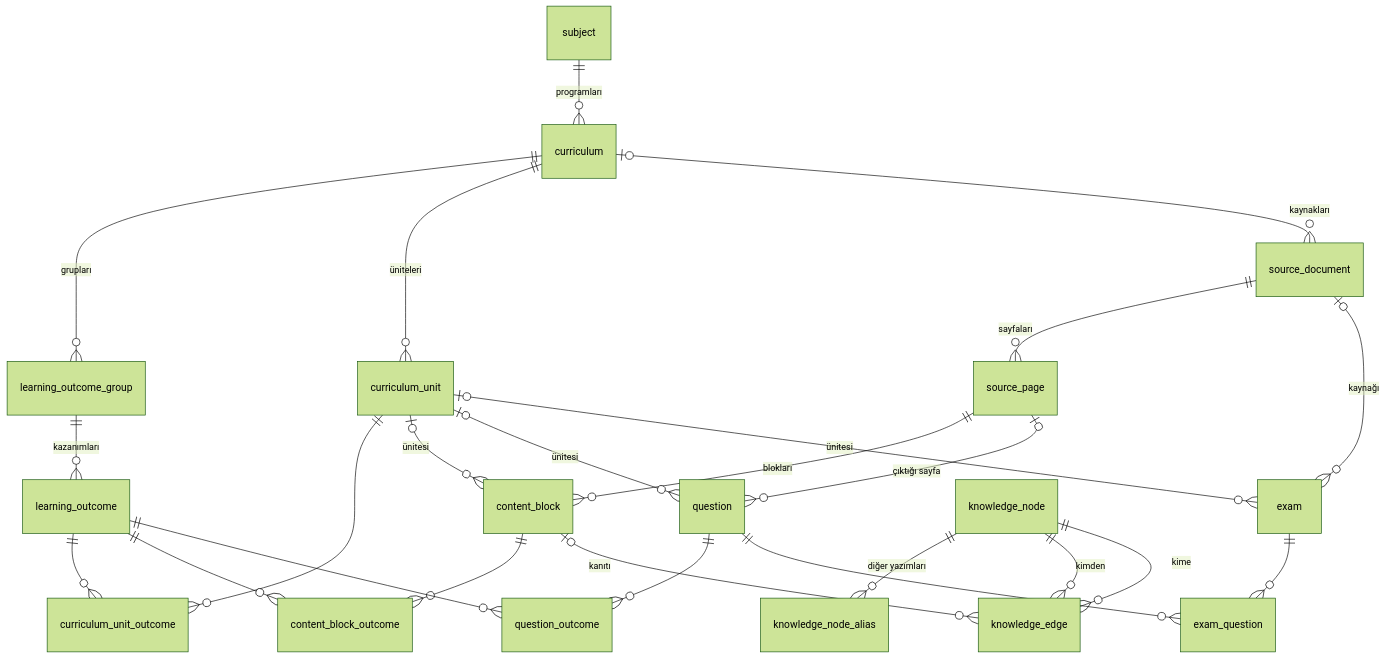
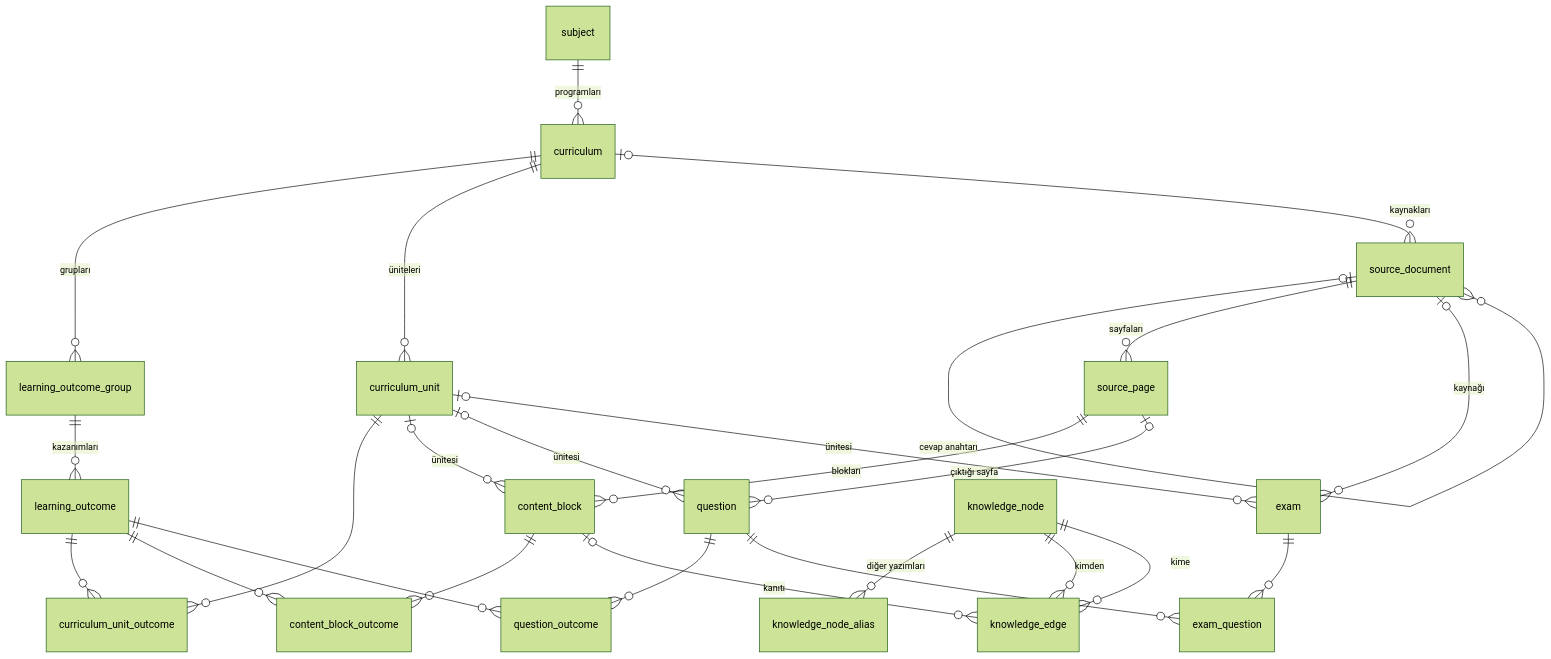
Before and after one commit to Boran-Sert/bilig: the first of 3 diagrams in docs/veritabani.md, drawn with Mermaid (forest theme). The commit also changed other lines of this file and 1 other file, not shown here.

Commit message:
feat(db): teste ayrı cevap anahtarı kaynağı bağlanabiliyor

````diff
--- a/docs/veritabani.md
+++ b/docs/veritabani.md
@@ -21,31 +21,32 @@
 ```mermaid
 erDiagram
     subject ||--o{ curriculum : "programları"
     curriculum ||--o{ learning_outcome_group : "grupları"
     learning_outcome_group ||--o{ learning_outcome : "kazanımları"
     curriculum ||--o{ curriculum_unit : "üniteleri"
     curriculum_unit ||--o{ curriculum_unit_outcome : ""
     learning_outcome ||--o{ curriculum_unit_outcome : ""
 
     curriculum |o--o{ source_document : "kaynakları"
+    source_document |o--o{ source_document : "cevap anahtarı"
     source_document ||--o{ source_page : "sayfaları"
     source_page ||--o{ content_block : "blokları"
     curriculum_unit |o--o{ content_block : "ünitesi"
     content_block ||--o{ content_block_outcome : ""
     learning_outcome ||--o{ content_block_outcome : ""
 
     source_page |o--o{ question : "çıktığı sayfa"
     curriculum_unit |o--o{ question : "ünitesi"
     question ||--o{ question_outcome : ""
     learning_outcome ||--o{ question_outcome : ""
 
     curriculum_unit |o--o{ exam : "ünitesi"
     source_document |o--o{ exam : "kaynağı"
     exam ||--o{ exam_question : ""
     question ||--o{ exam_question : ""
 
     knowledge_node ||--o{ knowledge_node_alias : "diğer yazımları"
     knowledge_node ||--o{ knowledge_edge : "kimden"
     knowledge_node ||--o{ knowledge_edge : "kime"
     content_block |o--o{ knowledge_edge : "kanıtı"
 ```
````
